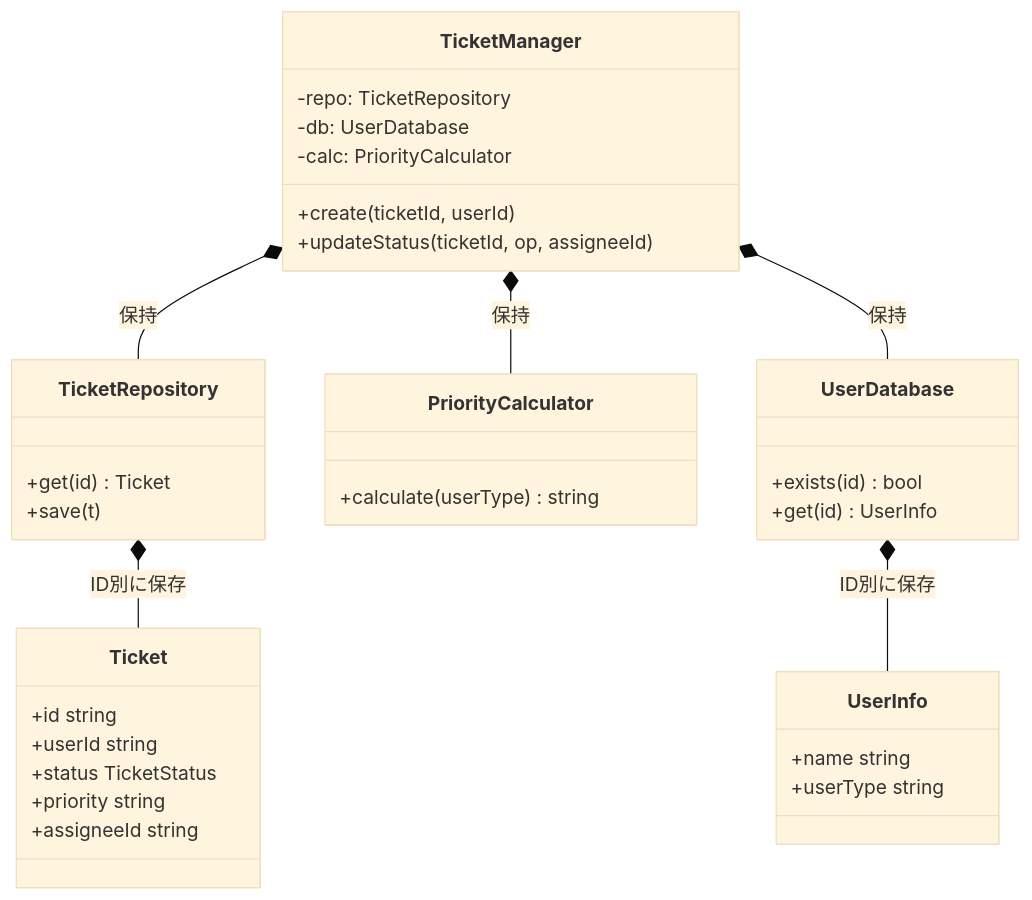
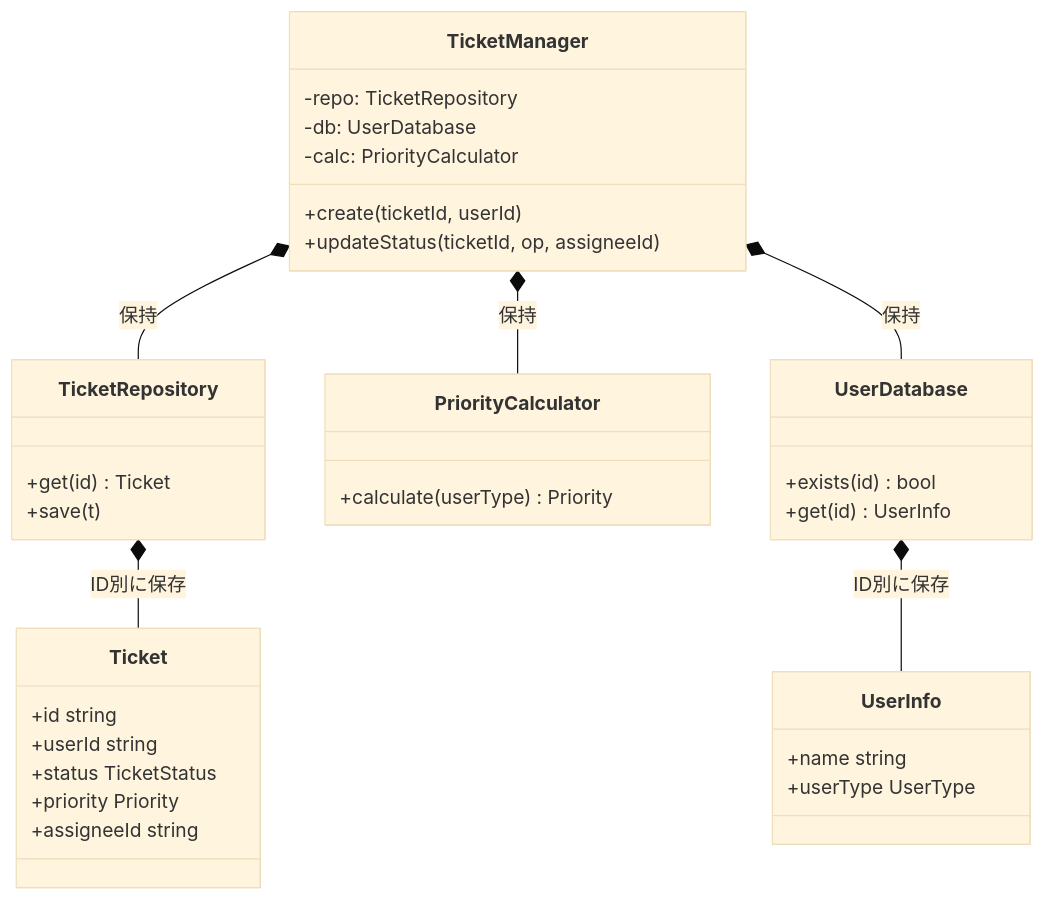
One commit to kumachan1101-pixel/DesignPattern changed the fourth of 16 diagrams in kindle/design-patterns/output/chapter09_2.md. Above: the diagram before and after it, drawn with Mermaid (base theme). The commit also changed other lines of this file and 9 other files, not shown here.

````diff
--- a/kindle/design-patterns/output/chapter09_2.md
+++ b/kindle/design-patterns/output/chapter09_2.md
@@ -208,37 +208,37 @@
 ```mermaid
 classDiagram
     class TicketManager {
         -repo: TicketRepository
         -db: UserDatabase
         -calc: PriorityCalculator
         +create(ticketId, userId)
         +updateStatus(ticketId, op, assigneeId)
     }
     class TicketRepository {
         +get(id) Ticket
         +save(t)
     }
     class Ticket {
         +id string
         +userId string
         +status TicketStatus
-        +priority string
+        +priority Priority
         +assigneeId string
     }
     class PriorityCalculator {
-        +calculate(userType) string
+        +calculate(userType) Priority
     }
     class UserDatabase {
         +exists(id) bool
         +get(id) UserInfo
     }
     class UserInfo {
         +name string
-        +userType string
+        +userType UserType
     }
     TicketManager *-- TicketRepository : 保持
     TicketManager *-- PriorityCalculator : 保持
     TicketManager *-- UserDatabase : 保持
     TicketRepository *-- Ticket : ID別に保存
     UserDatabase *-- UserInfo : ID別に保存
 ```
````
